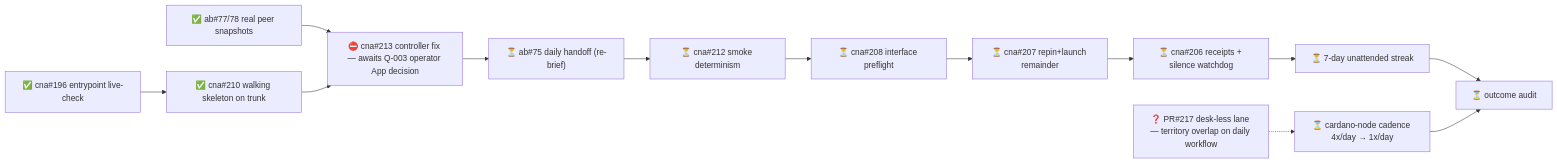
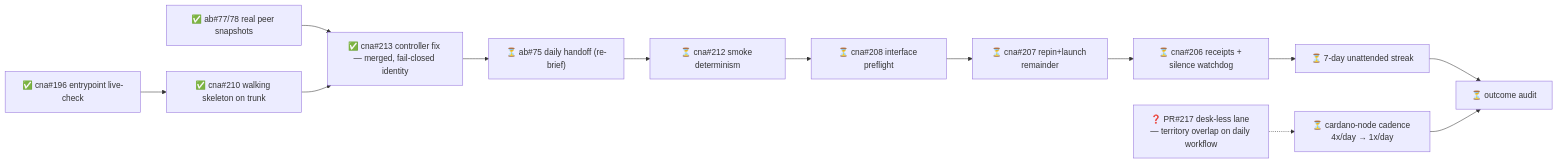
One commit to cardano-foundation/cardano-node-antithesis changed the diagram in .milestones/2/state.md. Above: the diagram before and after it, drawn with Mermaid. The commit also changed other lines of this file and 2 other files, not shown here.

````diff
--- a/.milestones/2/state.md
+++ b/.milestones/2/state.md
@@ -6,12 +6,12 @@
 ```mermaid
 flowchart LR
     e196["✅ cna#196 entrypoint live-check"] --> e210["✅ cna#210 walking skeleton on trunk"]
     p78["✅ ab#77/78 real peer snapshots"] --> e213
-    e210 --> e213["⛔ cna#213 controller fix — awaits Q-003 operator App decision"]
+    e210 --> e213["✅ cna#213 controller fix — merged, fail-closed identity"]
     e213 --> t75["⏳ ab#75 daily handoff (re-brief)"]
     t75 --> e212["⏳ cna#212 smoke determinism"] --> e208["⏳ cna#208 interface preflight"]
     e208 --> e207["⏳ cna#207 repin+launch remainder"] --> e206["⏳ cna#206 receipts + silence watchdog"]
     e206 --> streak["⏳ 7-day unattended streak"] --> audit["⏳ outcome audit"]
     cad["⏳ cardano-node cadence 4x/day → 1x/day"] --> audit
     foreign["❓ PR#217 desk-less lane — territory overlap on daily workflow"] -.-> cad
 ```
````
